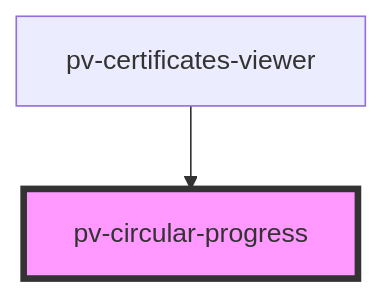
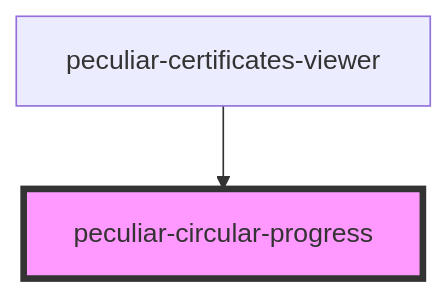
Before and after one commit to PeculiarVentures/pv-certificates-viewer: the diagram in src/components/circular-progress/readme.md, drawn with Mermaid. The commit also changed other lines of this file and 55 other files, not shown here.

````diff
--- a/src/components/circular-progress/readme.md
+++ b/src/components/circular-progress/readme.md
@@ -23,5 +23,5 @@
 ```mermaid
 graph TD;
-  pv-certificates-viewer --> pv-circular-progress
-  style pv-circular-progress fill:#f9f,stroke:#333,stroke-width:4px
+  peculiar-certificates-viewer --> peculiar-circular-progress
+  style peculiar-circular-progress fill:#f9f,stroke:#333,stroke-width:4px
 ```
````
